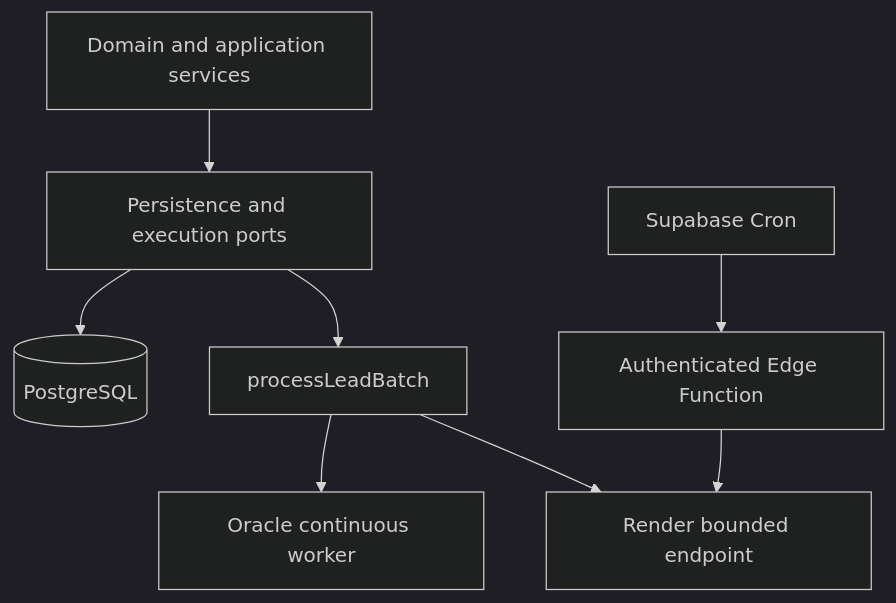
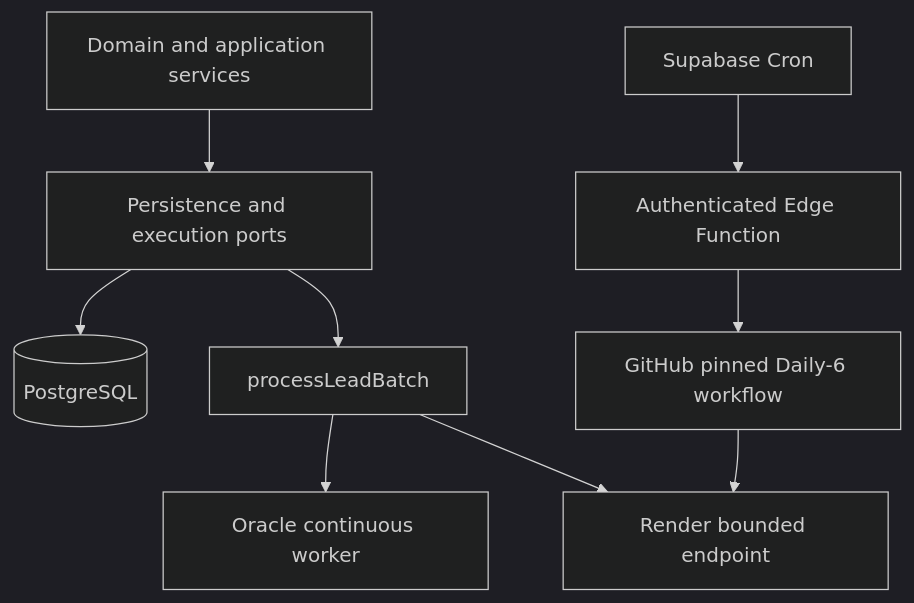
Before and after one commit to brunoferreirasalustiano/lead-finder-sem-site: the first of 2 diagrams in docs/infrastructure/dual-deployment-architecture.md, drawn with Mermaid (dark theme). The commit also changed 14 other files, not shown here.

Commit message:
feat(scheduler): add inactive Supabase Daily-6 dispatcher

````diff
--- a/docs/infrastructure/dual-deployment-architecture.md
+++ b/docs/infrastructure/dual-deployment-architecture.md
@@ -5,9 +5,11 @@
 ```mermaid
 flowchart TD
   D[Domain and application services] --> P[Persistence and execution ports]
   P --> PG[(PostgreSQL)]
   P --> B[processLeadBatch]
   B --> W[Oracle continuous worker]
   B --> R[Render bounded endpoint]
-  C[Supabase Cron] --> E[Authenticated Edge Function] --> R
+  C[Supabase Cron] --> E[Authenticated Edge Function]
+  E --> G[GitHub pinned Daily-6 workflow]
+  G --> R
 ```
````
